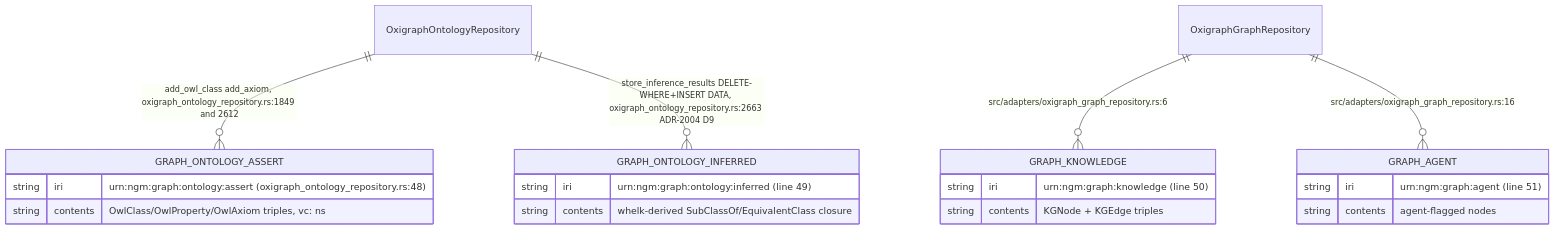
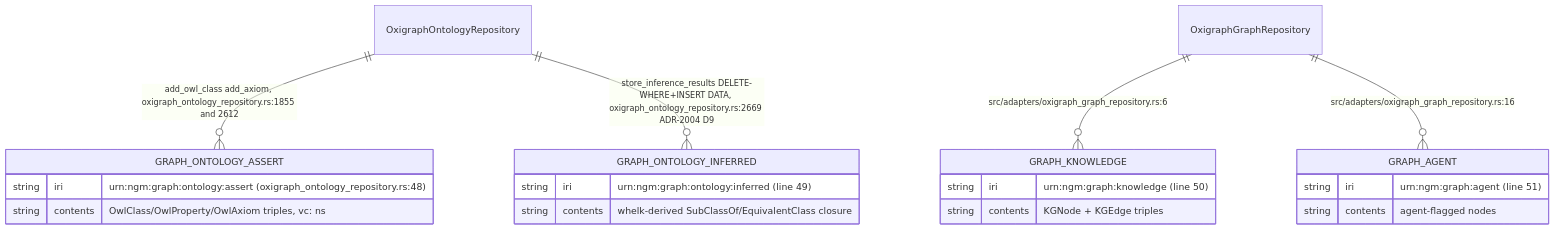
The second of 12 diagrams in docs/diagrams/visionclaw/20-ontology-pipeline-oxigraph-whelk.md (DreamLab-AI/VisionFlow), drawn with Mermaid before and after one commit. The commit also changed other lines of this file and 49 other files, not shown here.

First line of the commit message:
docs(diagrams): re-derive and re-stamp VisionClaw, estate, knowledge-graph, visionGraph, VisionFlow and sidestr topics

````diff
--- a/docs/diagrams/visionclaw/20-ontology-pipeline-oxigraph-whelk.md
+++ b/docs/diagrams/visionclaw/20-ontology-pipeline-oxigraph-whelk.md
@@ -102,23 +102,23 @@
 ```mermaid
 erDiagram
     GRAPH_ONTOLOGY_ASSERT {
         string iri "urn:ngm:graph:ontology:assert (oxigraph_ontology_repository.rs:48)"
         string contents "OwlClass/OwlProperty/OwlAxiom triples, vc: ns"
     }
     GRAPH_ONTOLOGY_INFERRED {
         string iri "urn:ngm:graph:ontology:inferred (line 49)"
         string contents "whelk-derived SubClassOf/EquivalentClass closure"
     }
     GRAPH_KNOWLEDGE {
         string iri "urn:ngm:graph:knowledge (line 50)"
         string contents "KGNode + KGEdge triples"
     }
     GRAPH_AGENT {
         string iri "urn:ngm:graph:agent (line 51)"
         string contents "agent-flagged nodes"
     }
-    OxigraphOntologyRepository ||--o{ GRAPH_ONTOLOGY_ASSERT : "add_owl_class add_axiom, oxigraph_ontology_repository.rs:1849 and 2612"
-    OxigraphOntologyRepository ||--o{ GRAPH_ONTOLOGY_INFERRED : "store_inference_results DELETE-WHERE+INSERT DATA, oxigraph_ontology_repository.rs:2663 ADR-2004 D9"
+    OxigraphOntologyRepository ||--o{ GRAPH_ONTOLOGY_ASSERT : "add_owl_class add_axiom, oxigraph_ontology_repository.rs:1855 and 2612"
+    OxigraphOntologyRepository ||--o{ GRAPH_ONTOLOGY_INFERRED : "store_inference_results DELETE-WHERE+INSERT DATA, oxigraph_ontology_repository.rs:2669 ADR-2004 D9"
     OxigraphGraphRepository ||--o{ GRAPH_KNOWLEDGE : "src/adapters/oxigraph_graph_repository.rs:6"
     OxigraphGraphRepository ||--o{ GRAPH_AGENT : "src/adapters/oxigraph_graph_repository.rs:16"
 ```
````
